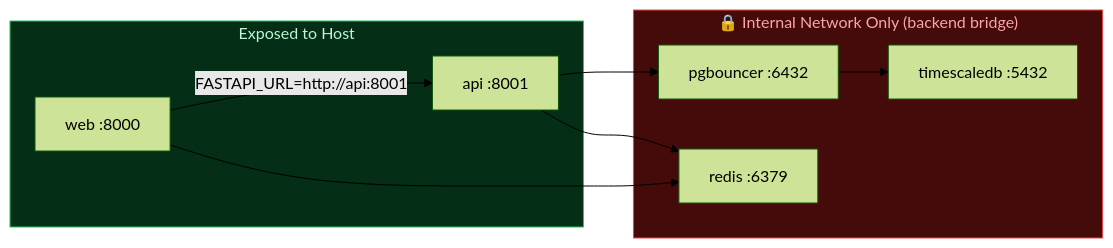
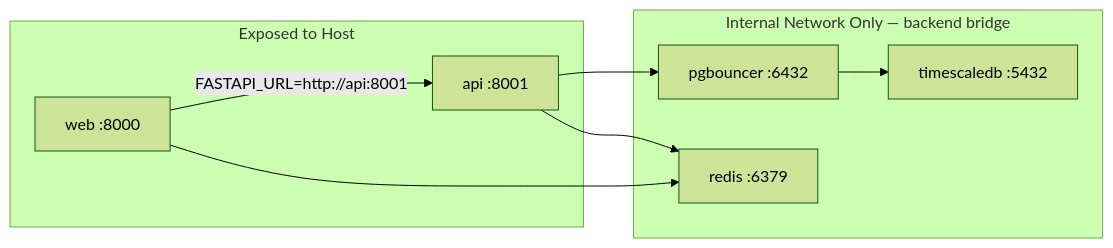
One commit to tedaks/project changed the third of 8 diagrams in README.md. Above: the diagram before and after it, drawn with Mermaid (forest theme). The commit also changed other lines of this file, not shown here.

Commit message:
docs: update Mermaid diagrams for clarity and refine various textual descriptions.

````diff
--- a/README.md
+++ b/README.md
@@ -128,22 +121,19 @@
 ```mermaid
 graph LR
-    subgraph exposed["Exposed to Host"]
-        web["web :8000"]
-        api["api :8001"]
+    subgraph HostExposed["Exposed to Host"]
+        WebSvc["web :8000"]
+        ApiSvc["api :8001"]
     end
 
-    subgraph internal["🔒 Internal Network Only (backend bridge)"]
-        pgb["pgbouncer :6432"]
-        tsdb["timescaledb :5432"]
-        redis["redis :6379"]
+    subgraph InternalOnly["Internal Network Only — backend bridge"]
+        PgbSvc["pgbouncer :6432"]
+        TsdbSvc["timescaledb :5432"]
+        RedisBroker["redis :6379"]
     end
 
-    web -- "FASTAPI_URL=http://api:8001" --> api
-    api --> pgb
-    pgb --> tsdb
-    api --> redis
-    web --> redis
-
-    style internal fill:#450a0a,stroke:#ef4444,color:#fca5a5
-    style exposed fill:#052e16,stroke:#22c55e,color:#bbf7d0
+    WebSvc -- "FASTAPI_URL=http://api:8001" --> ApiSvc
+    ApiSvc --> PgbSvc
+    PgbSvc --> TsdbSvc
+    ApiSvc --> RedisBroker
+    WebSvc --> RedisBroker
 ```
````
